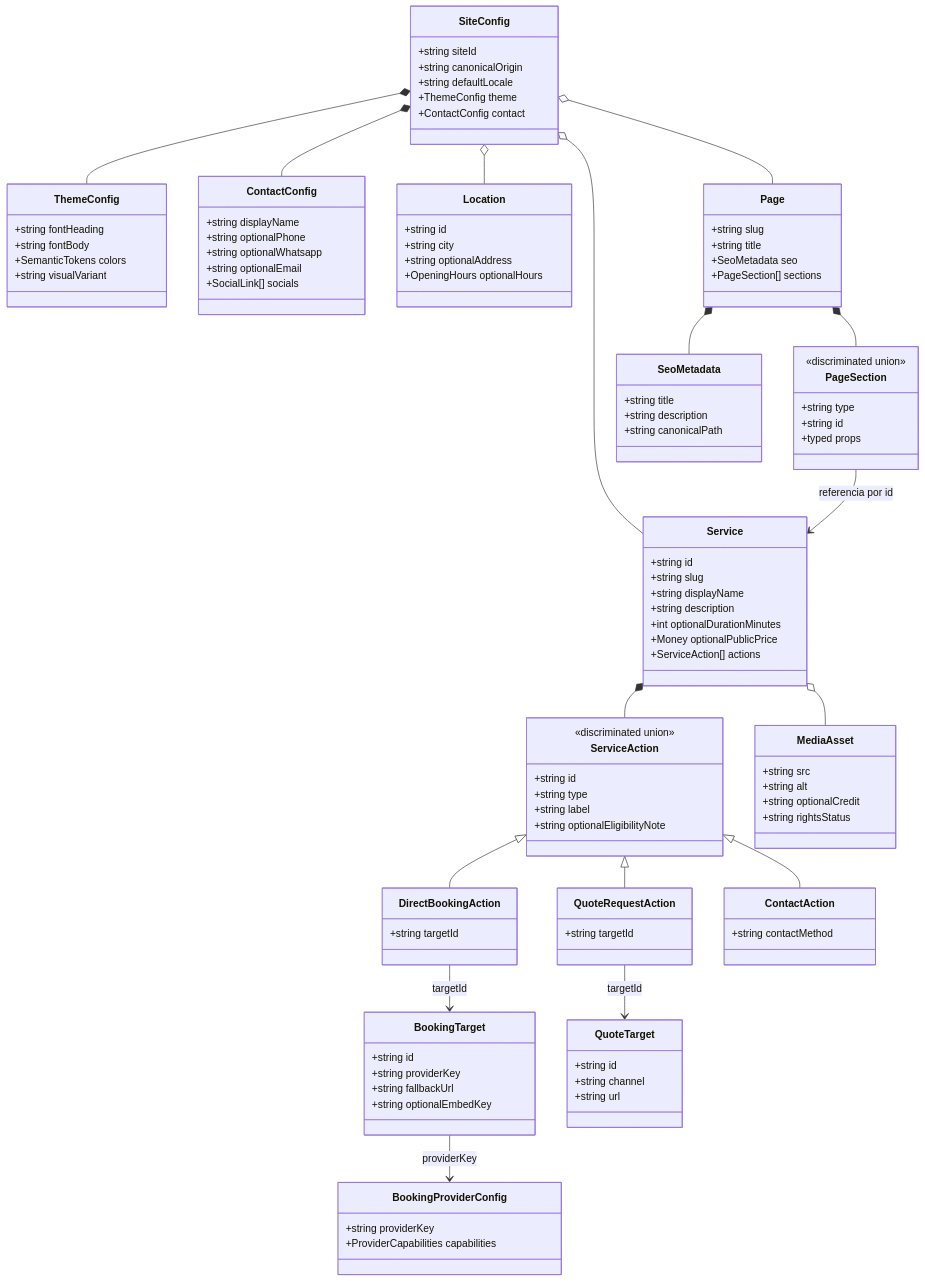
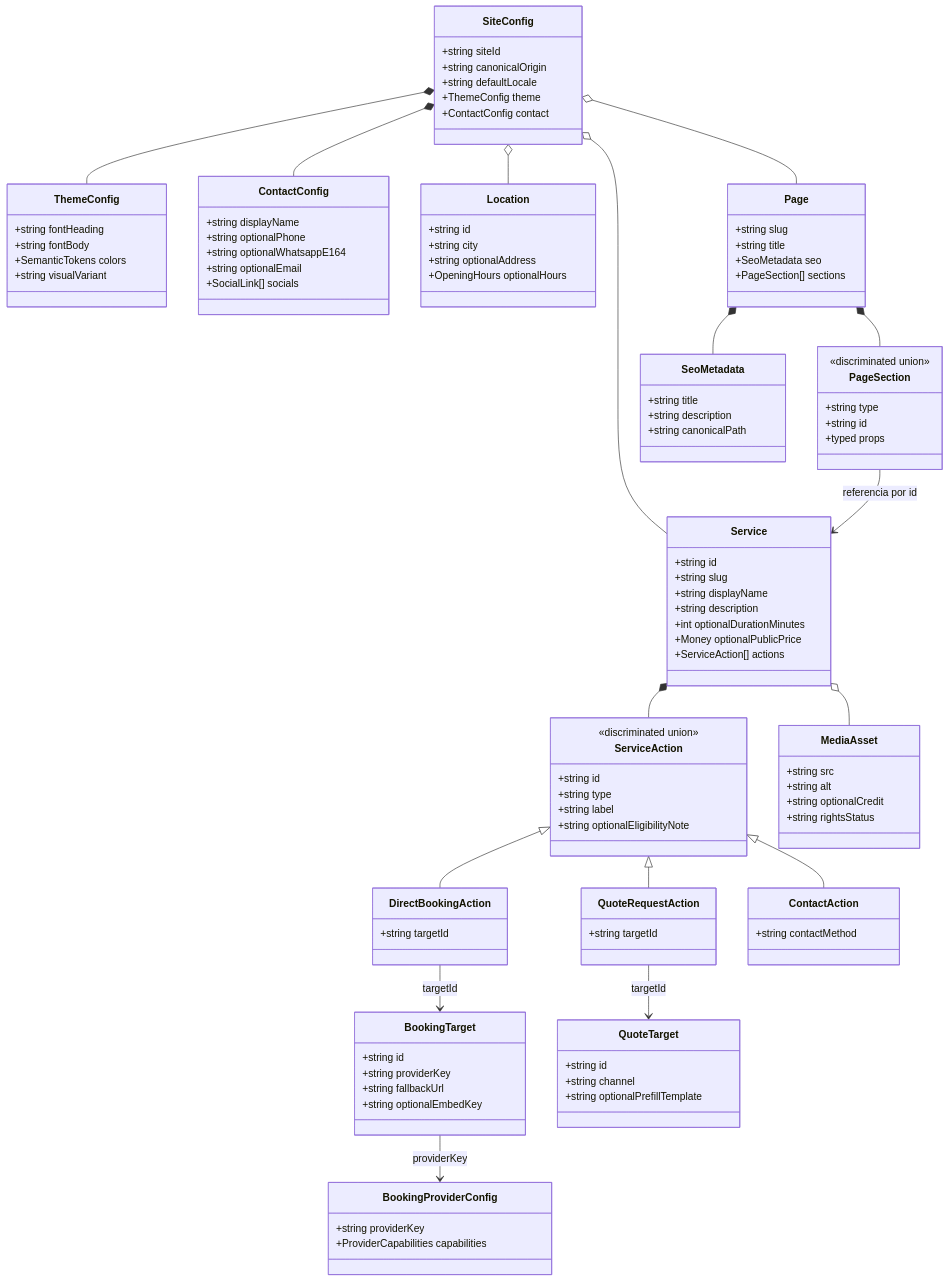
One commit to Gonzalo-Linares/Littzite changed the first of 2 diagrams in docs/03-domain-model.md. Above: the diagram before and after it, drawn with Mermaid. The commit also changed other lines of this file and 18 other files, not shown here.

```diff
--- a/docs/03-domain-model.md
+++ b/docs/03-domain-model.md
@@ -32,7 +34,7 @@
   class ContactConfig {
     +string displayName
     +string optionalPhone
-    +string optionalWhatsapp
+    +string optionalWhatsappE164
     +string optionalEmail
     +SocialLink[] socials
   }
@@ -88,7 +90,7 @@
   class QuoteTarget {
     +string id
     +string channel
-    +string url
+    +string optionalPrefillTemplate
   }
   class BookingProviderConfig {
     +string providerKey
```
